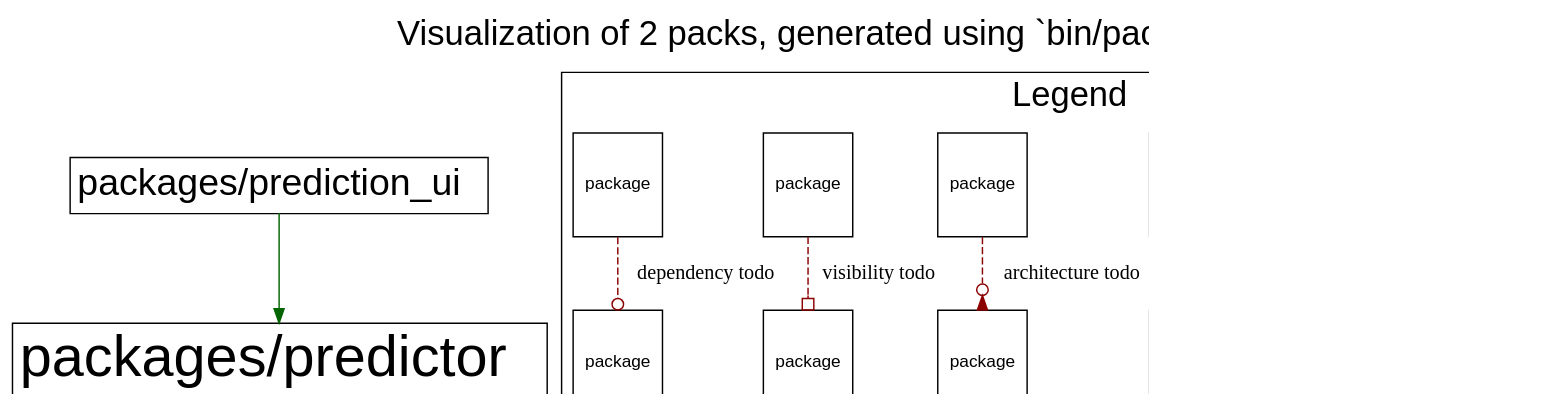
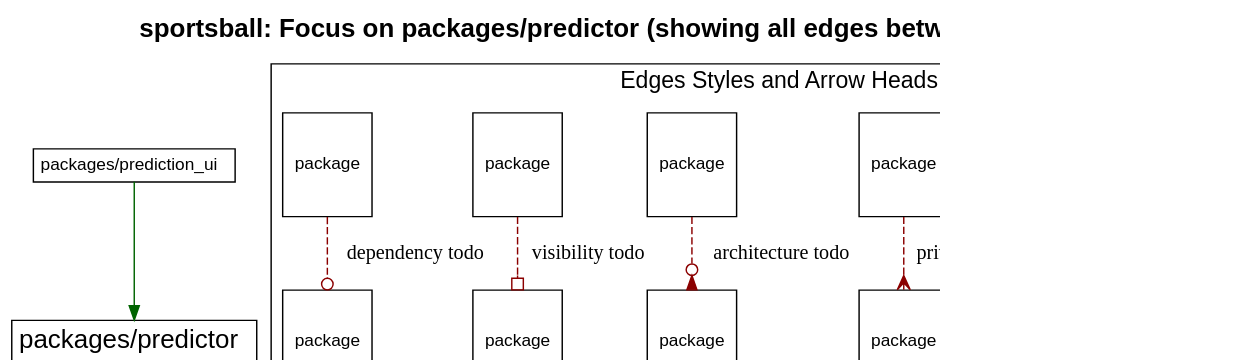
The diagram in c2s05/sportsball/packages/predictor/packs.dot (shageman/package-based-rails-applications-book), drawn with Graphviz before and after one commit. The commit also changed 3077 other files, not shown here.

Commit message:
Better graphs from updated visualize_packwerk

```diff
--- a/c2s05/sportsball/packages/predictor/packs.dot
+++ b/c2s05/sportsball/packages/predictor/packs.dot
@@ -1,77 +1,73 @@
 digraph package_diagram {
   rankdir=TD
-
   graph [
     labelloc="t"
     fontname="Helvetica,Arial,sans-serif"
     dpi=100
     layout=dot
-    label="Visualization of 2 packs, generated using `bin/packs`",
-    fontsize=24
+    label=<<b>sportsball: Focus on packages/predictor (showing all edges between visible packs)</b>>
+    fontsize=18
   ]
   node [
     fontname="Helvetica,Arial,sans-serif"
     fontsize=26.0
     fontcolor=black
     fillcolor=white
     color=black
     height=1.0
     style=filled
     shape=plain
   ]
-
     subgraph NotInLayer {
       shape=box
       color=darkgrey
       fillcolor=lightblue
       style=filled
-
-
+        cluster=false
         "packages/predictor" [
-            fontsize=40.0
-              URL="https://github.com/shageman/package-based-rails-applications-book/tree/main/c4s07/sportsball/packages/predictor"
-            label=               <
+            fontsize=18.0
+            label= <
                 <table border='0' cellborder='1' cellspacing='0' cellpadding='4'>
                   <tr> <td align='left'> packages/predictor </td> </tr>
                 </table>
               >
           ]
-
+        
         "packages/prediction_ui" [
-            fontsize=26.0
-              URL="https://github.com/shageman/package-based-rails-applications-book/tree/main/c4s07/sportsball/packages/prediction_ui"
-            label=               <
+            fontsize=12.0
+            label= <
                 <table border='0' cellborder='1' cellspacing='0' cellpadding='4'>
                   <tr> <td align='left'> packages/prediction_ui </td> </tr>
                 </table>
               >
           ]
-
+        
     }
-
-          "packages/prediction_ui" -> "packages/predictor" [
-            color=darkgreen
-          ]
-
-
+          "packages/prediction_ui" -> "packages/predictor" [ color=darkgreen ]
   subgraph cluster_legend {
-    label="Legend"
-
+    fontsize=16
+    label="Edges Styles and Arrow Heads"
     A [ fontsize=12 shape=box label="package"]
     B [ fontsize=12 shape=box label="package"]
     C [ fontsize=12 shape=box label="package"]
     D [ fontsize=12 shape=box label="package"]
     E [ fontsize=12 shape=box label="package"]
     F [ fontsize=12 shape=box label="package"]
     G [ fontsize=12 shape=box label="package"]
     H [ fontsize=12 shape=box label="package"]
     I [ fontsize=12 shape=box label="package"]
     J [ fontsize=12 shape=box label="package"]
-
     A -> B [label="accepted dependency" color=darkgreen]
     C -> D [label="privac todo" color=darkred style=dashed arrowhead=crow]
     E -> F [label="architecture todo" color=darkred style=dashed arrowhead=invodot]
     G -> H [label="visibility todo" color=darkred style=dashed arrowhead=obox]
     I -> J [label="dependency todo" color=darkred style=dashed arrowhead=odot]
   }
+  subgraph cluster_teams_legend {
+    fontsize=16
+    label="Team Colors"
+
+
+  }
+  J -> "" [style=invis]
 }
```
